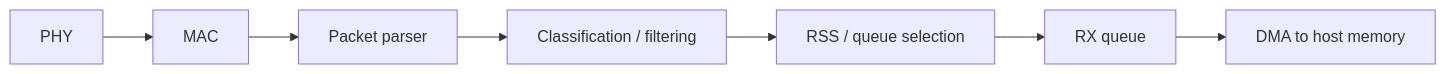
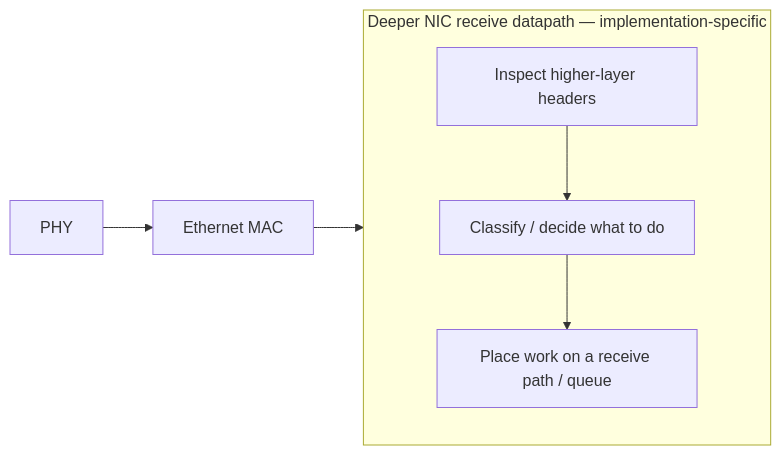
The sixth of 8 diagrams in courses/nic-firmware/02-ethernet-wire-to-mac.md (spencerbug/spencerbug.github.io), drawn with Mermaid before and after one commit. The commit also changed other lines of this file, not shown here.

Commit message:
Revise NIC module 2 from learner feedback

````diff
--- a/courses/nic-firmware/02-ethernet-wire-to-mac.md
+++ b/courses/nic-firmware/02-ethernet-wire-to-mac.md
@@ -224,9 +342,10 @@
 ```mermaid
 flowchart LR
-    PHY --> MAC
-    MAC --> PARSER["Packet parser"]
-    PARSER --> CLASS["Classification / filtering"]
-    CLASS --> RSS["RSS / queue selection"]
-    RSS --> RXQ["RX queue"]
-    RXQ --> DMA["DMA to host memory"]
+    PHY["PHY"] --> MAC["Ethernet MAC"]
+    MAC --> NIC
+
+    subgraph NIC["Deeper NIC receive datapath — implementation-specific"]
+        INSPECT["Inspect higher-layer headers"] --> CLASS["Classify / decide what to do"]
+        CLASS --> QUEUE["Place work on a receive path / queue"]
+    end
 ```
````
